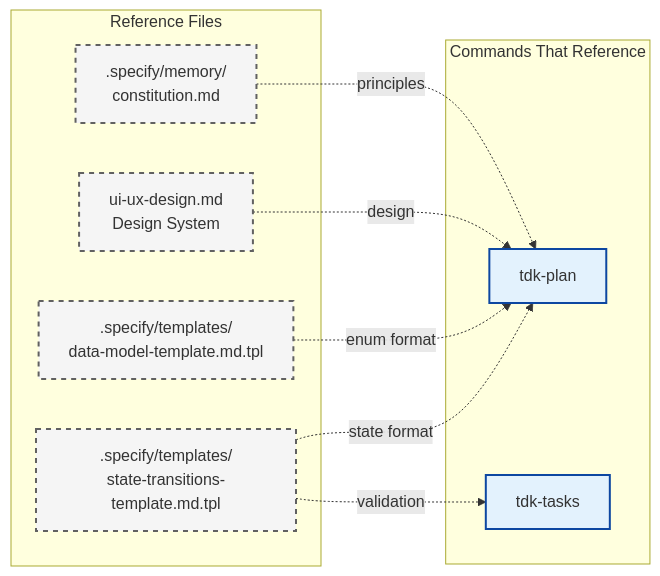
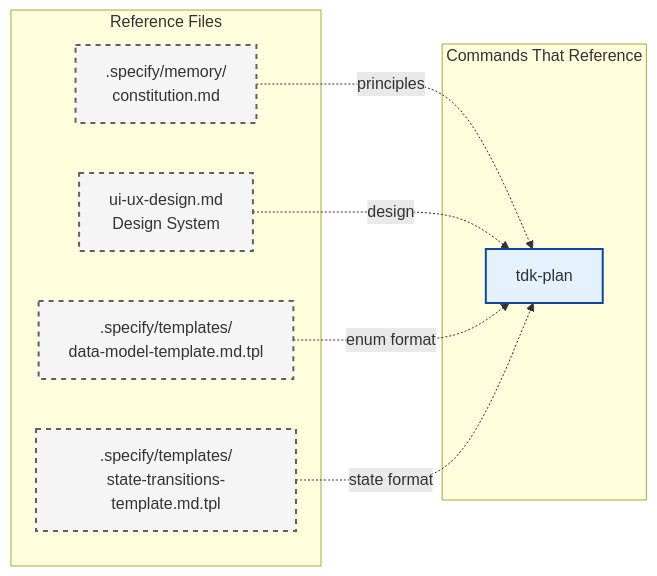
One commit to vinhltt/tdk changed the seventh of 8 diagrams in .specify/docs/guides/document-flow.md. Above: the diagram before and after it, drawn with Mermaid. The commit also changed other lines of this file and 29 other files, not shown here.

````diff
--- a/.specify/docs/guides/document-flow.md
+++ b/.specify/docs/guides/document-flow.md
@@ -327,26 +278,24 @@
 ```mermaid
 flowchart LR
     subgraph TEMPLATES[Reference Files]
         CONST[.specify/memory/<br/>constitution.md]
         UIUX[ui-ux-design.md<br/>Design System]
         REF_DM[.specify/templates/<br/>data-model-template.md.tpl]
         REF_ST[.specify/templates/<br/>state-transitions-template.md.tpl]
     end
 
     subgraph COMMANDS[Commands That Reference]
         PLAN[tdk-plan]
-        TASKS[tdk-tasks]
     end
 
     CONST -.->|principles| PLAN
     UIUX -.->|design| PLAN
     REF_DM -.->|enum format| PLAN
     REF_ST -.->|state format| PLAN
-    REF_ST -.->|validation| TASKS
 
     classDef reference fill:#f5f5f5,stroke:#616161,stroke-width:2px,stroke-dasharray: 5 5
     classDef command fill:#e3f2fd,stroke:#0d47a1,stroke-width:2px
 
     class CONST,UIUX,REF_DM,REF_ST reference
-    class PLAN,TASKS command
+    class PLAN command
 ```
````
